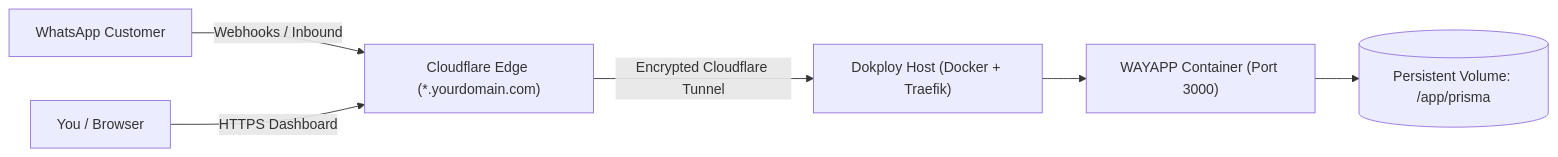
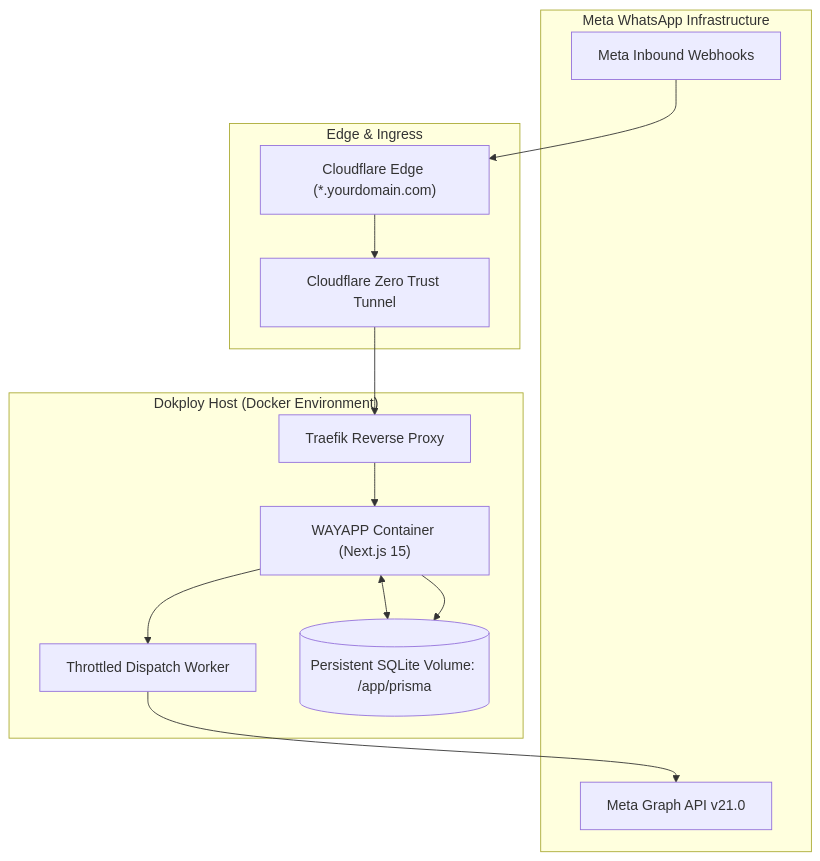
The diagram in README.md (usmankhan4001/WAYAPP), drawn with Mermaid before and after one commit. The commit also changed other lines of this file and 9 other files, not shown here.

````diff
--- a/README.md
+++ b/README.md
@@ -50,8 +90,25 @@
 ```mermaid
-graph LR
-    User["WhatsApp Customer"] -->|Webhooks / Inbound| CF["Cloudflare Edge (*.yourdomain.com)"]
-    Admin["You / Browser"] -->|HTTPS Dashboard| CF
-    CF -->|Encrypted Cloudflare Tunnel| Dokploy["Dokploy Host (Docker + Traefik)"]
-    Dokploy --> Container["WAYAPP Container (Port 3000)"]
-    Container --> Volume[("Persistent Volume: /app/prisma")]
+graph TD
+    subgraph Meta Cloud ["Meta WhatsApp Infrastructure"]
+        MetaAPI["Meta Graph API v21.0"]
+        MetaHook["Meta Inbound Webhooks"]
+    end
+
+    subgraph Edge ["Edge & Ingress"]
+        CF["Cloudflare Edge (*.yourdomain.com)"]
+        Tunnel["Cloudflare Zero Trust Tunnel"]
+    end
+
+    subgraph DokployHost ["Dokploy Host (Docker Environment)"]
+        Traefik["Traefik Reverse Proxy"]
+        App["WAYAPP Container (Next.js 15)"]
+        Queue["Throttled Dispatch Worker"]
+        DB[("Persistent SQLite Volume: /app/prisma")]
+    end
+
+    CF --> Tunnel --> Traefik --> App
+    App <--> DB
+    App --> Queue --> MetaAPI
+    MetaHook --> CF
+    App --> DB
 ```
````
